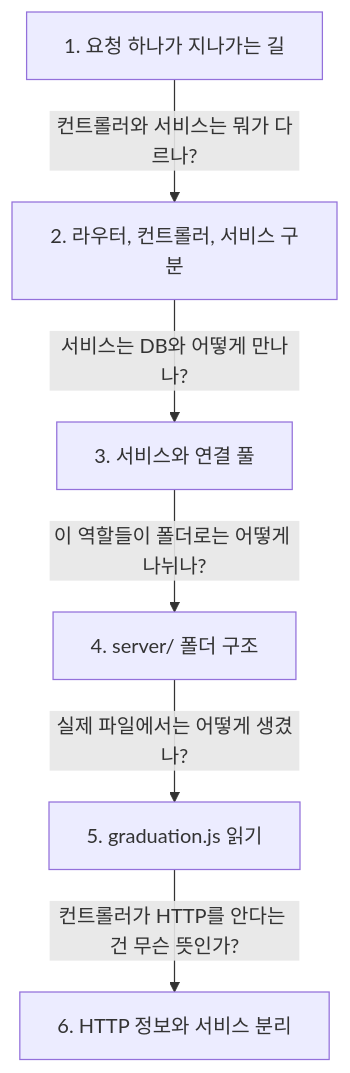
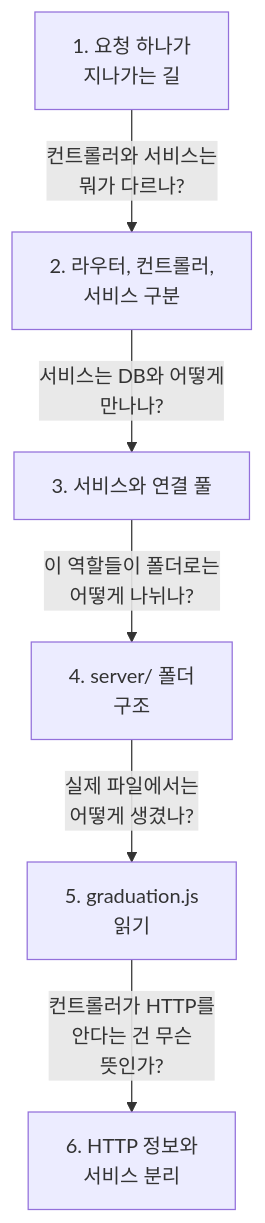
Before and after one commit to ChildrenAon/TIL: the first of 4 diagrams in 2026/November/11-03.md, drawn with Mermaid. The commit also changed other lines of this file and 5 other files, not shown here.

````diff
--- a/2026/November/11-03.md
+++ b/2026/November/11-03.md
@@ -27,8 +27,8 @@
 ```mermaid
 flowchart TD
-  A["1. 요청 하나가 지나가는 길"] -->|"컨트롤러와 서비스는 뭐가 다르나?"| B["2. 라우터, 컨트롤러, 서비스 구분"]
-  B -->|"서비스는 DB와 어떻게 만나나?"| C["3. 서비스와 연결 풀"]
-  C -->|"이 역할들이 폴더로는 어떻게 나뉘나?"| D["4. server/ 폴더 구조"]
-  D -->|"실제 파일에서는 어떻게 생겼나?"| E["5. graduation.js 읽기"]
-  E -->|"컨트롤러가 HTTP를 안다는 건 무슨 뜻인가?"| F["6. HTTP 정보와 서비스 분리"]
+  A["1. 요청 하나가<br/>지나가는 길"] -->|"컨트롤러와 서비스는<br/>뭐가 다르나?"| B["2. 라우터, 컨트롤러,<br/>서비스 구분"]
+  B -->|"서비스는 DB와 어떻게<br/>만나나?"| C["3. 서비스와 연결 풀"]
+  C -->|"이 역할들이 폴더로는<br/>어떻게 나뉘나?"| D["4. server/ 폴더<br/>구조"]
+  D -->|"실제 파일에서는<br/>어떻게 생겼나?"| E["5. graduation.js<br/>읽기"]
+  E -->|"컨트롤러가 HTTP를<br/>안다는 건 무슨<br/>뜻인가?"| F["6. HTTP 정보와<br/>서비스 분리"]
 ```
````
